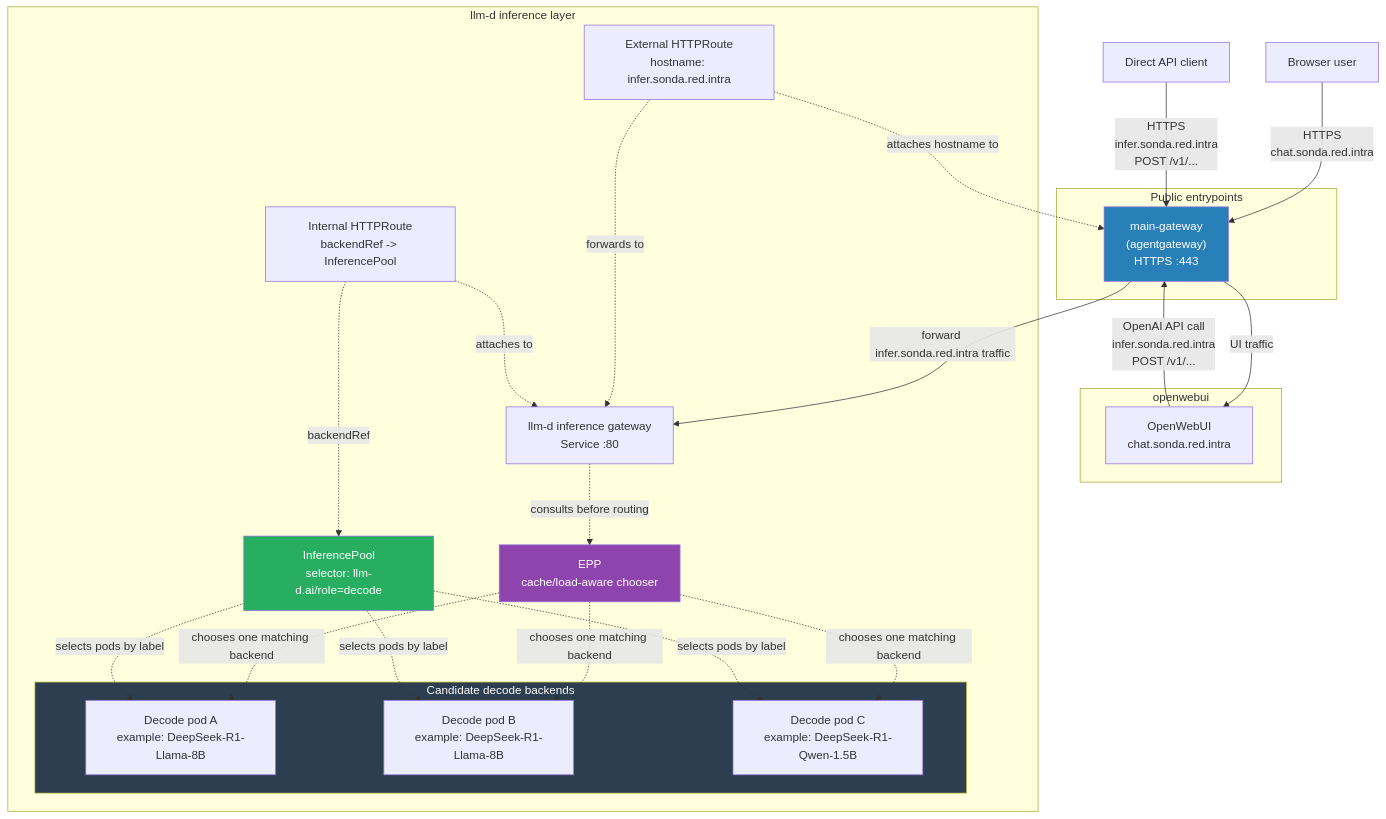
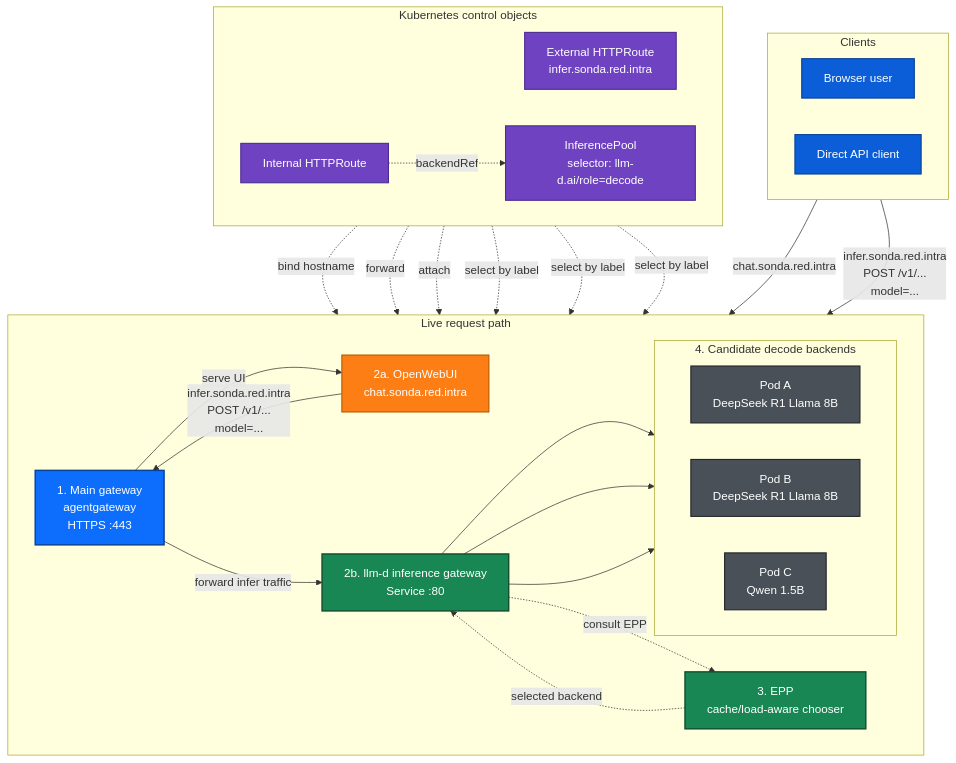
The third of 3 diagrams in content/posts/07-intel-homelab-5.md (sonda-red/blog), drawn with Mermaid before and after one commit.

Commit message:
fix: enhance mermaid diagram for clarity and detail in blog post on LLM routing and migration

```diff
--- a/content/posts/07-intel-homelab-5.md
+++ b/content/posts/07-intel-homelab-5.md
@@ -275,50 +275,64 @@
 {{< mermaid >}}
 flowchart TB
-    browser["Browser user"]
-    api["Direct API client"]
 
-    subgraph public["Public entrypoints"]
-        gw["main-gateway\n(agentgateway)\nHTTPS :443"]
+    classDef client fill:#0b5ed7,color:#fff,stroke:#084298,stroke-width:1.5px;
+    classDef ingress fill:#0d6efd,color:#fff,stroke:#084298,stroke-width:2px;
+    classDef app fill:#fd7e14,color:#fff,stroke:#b35a00,stroke-width:1.5px;
+    classDef runtime fill:#198754,color:#fff,stroke:#0f5132,stroke-width:2px;
+    classDef backend fill:#495057,color:#fff,stroke:#212529,stroke-width:1.5px;
+    classDef control fill:#6f42c1,color:#fff,stroke:#4c2c92,stroke-width:1.5px;
+
+    subgraph clients["Clients"]
+        direction LR
+        browser["Browser user"]
+        api["Direct API client"]
     end
 
-    subgraph owui_ns["openwebui"]
-        owui["OpenWebUI\nchat.sonda.red.intra"]
-    end
+    subgraph traffic["Live request path"]
+        direction LR
+        gw["1. Main gateway<br/>agentgateway<br/>HTTPS :443"]
+        owui["2a. OpenWebUI<br/>chat.sonda.red.intra"]
+        infer["2b. llm-d inference gateway<br/>Service :80"]
+        epp["3. EPP<br/>cache/load-aware chooser"]
 
-    subgraph llmd["llm-d inference layer"]
-        ext["External HTTPRoute\nhostname: infer.sonda.red.intra"]
-        int_gw["llm-d inference gateway\nService :80"]
-        route["Internal HTTPRoute\nbackendRef -> InferencePool"]
-        pool["InferencePool\nselector: llm-d.ai/role=decode"]
-        epp["EPP\ncache/load-aware chooser"]
-
-        subgraph decode["Candidate decode backends"]
-            ds1["Decode pod A\nexample: DeepSeek-R1-Llama-8B"]
-            ds2["Decode pod B\nexample: DeepSeek-R1-Llama-8B"]
-            ds3["Decode pod C\nexample: DeepSeek-R1-Qwen-1.5B"]
+        subgraph pods["4. Candidate decode backends"]
+            direction LR
+            ds1["Pod A<br/>DeepSeek R1 Llama 8B"]
+            ds2["Pod B<br/>DeepSeek R1 Llama 8B"]
+            ds3["Pod C<br/>Qwen 1.5B"]
         end
     end
 
-    browser -->|HTTPS\nchat.sonda.red.intra| gw
-    gw -->|UI traffic| owui
-    owui -->|OpenAI API call\ninfer.sonda.red.intra\nPOST /v1/...| gw
-    api -->|HTTPS\ninfer.sonda.red.intra\nPOST /v1/...| gw
-    gw -->|forward infer.sonda.red.intra traffic| int_gw
-    int_gw -. consults before routing .-> epp
-    epp -. chooses one matching backend .-> ds1
-    epp -. chooses one matching backend .-> ds2
-    epp -. chooses one matching backend .-> ds3
+    subgraph controlplane["Kubernetes control objects"]
+        direction LR
+        ext["External HTTPRoute<br/>infer.sonda.red.intra"]
+        route["Internal HTTPRoute"]
+        pool["InferencePool<br/>selector: llm-d.ai/role=decode"]
+    end
 
-    ext -. attaches hostname to .-> gw
-    ext -. forwards to .-> int_gw
-    route -. attaches to .-> int_gw
-    route -. backendRef .-> pool
-    pool -. selects pods by label .-> ds1
-    pool -. selects pods by label .-> ds2
-    pool -. selects pods by label .-> ds3
+    browser -->|"chat.sonda.red.intra"| gw
+    gw -->|"serve UI"| owui
+    owui -->|"infer.sonda.red.intra<br/>POST /v1/...<br/>model=..."| gw
+    api -->|"infer.sonda.red.intra<br/>POST /v1/...<br/>model=..."| gw
+    gw -->|"forward infer traffic"| infer
+    infer -.->|"consult EPP"| epp
+    epp -.->|"selected backend"| infer
+    infer --> ds1
+    infer --> ds2
+    infer --> ds3
 
-    style gw fill:#2980b9,color:#fff
-    style pool fill:#27ae60,color:#fff
-    style epp fill:#8e44ad,color:#fff
-    style decode fill:#2c3e50,color:#fff
+    ext -.->|"bind hostname"| gw
+    ext -.->|"forward"| infer
+    route -.->|"attach"| infer
+    route -.->|"backendRef"| pool
+    pool -.->|"select by label"| ds1
+    pool -.->|"select by label"| ds2
+    pool -.->|"select by label"| ds3
+
+    class browser,api client
+    class gw ingress
+    class owui app
+    class infer,epp runtime
+    class ds1,ds2,ds3 backend
+    class ext,route,pool control
 {{< /mermaid >}}
```
